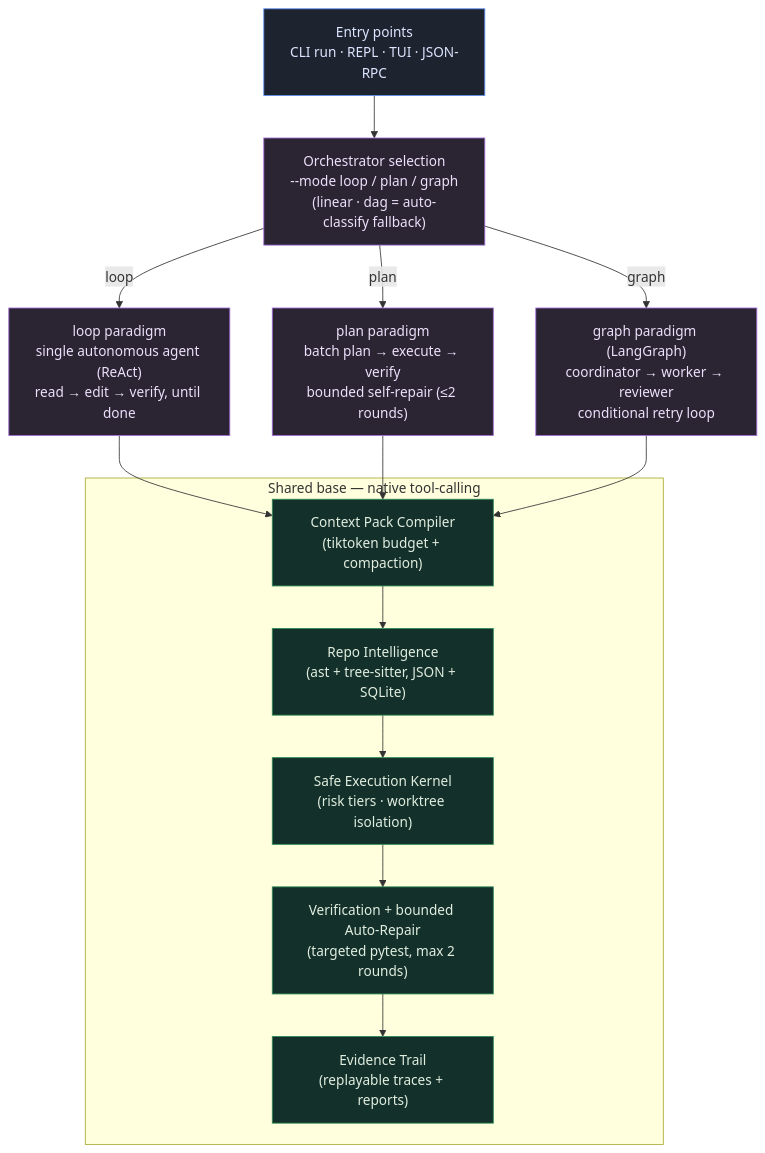
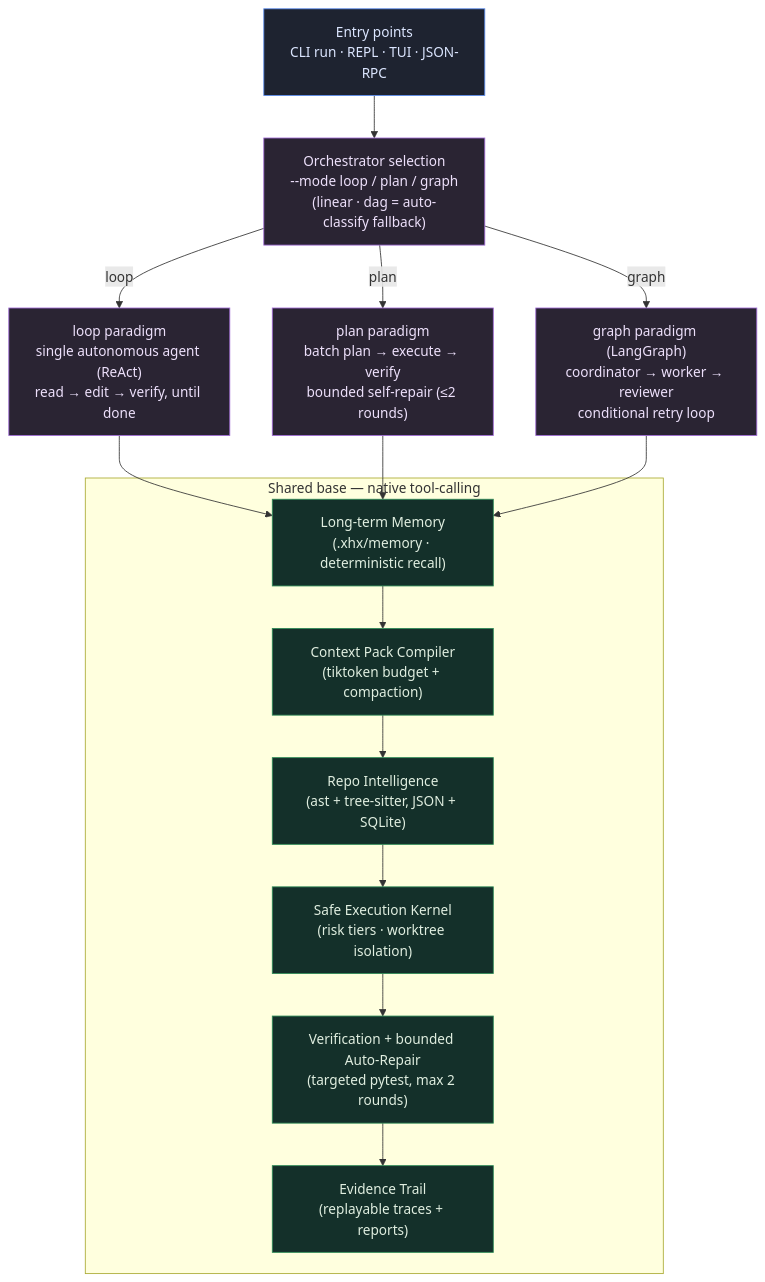
The diagram in README.md (kongshuilinhua/XHX-Agent), drawn with Mermaid before and after one commit. The commit also changed other lines of this file and 1 other file, not shown here.

First line of the commit message:
docs(readme): refresh capstone with memory, multi-model routing, streaming, microcompact, repo_query

````diff
--- a/README.md
+++ b/README.md
@@ -34,29 +37,30 @@
 ```mermaid
 graph TD
     classDef entry fill:#1e2330,stroke:#5b8def,stroke-width:1px,color:#dce6ff;
     classDef orch fill:#2a2433,stroke:#a06bd6,stroke-width:1px,color:#ede0fb;
     classDef base fill:#14302a,stroke:#2e8b57,stroke-width:1px,color:#e0eee0;
 
     E["Entry points<br/>CLI run · REPL · TUI · JSON-RPC"]:::entry
     S["Orchestrator selection<br/>--mode loop / plan / graph<br/>(linear · dag = auto-classify fallback)"]:::orch
     L["loop paradigm<br/>single autonomous agent (ReAct)<br/>read → edit → verify, until done"]:::orch
     P["plan paradigm<br/>batch plan → execute → verify<br/>bounded self-repair (≤2 rounds)"]:::orch
     G["graph paradigm (LangGraph)<br/>coordinator → worker → reviewer<br/>conditional retry loop"]:::orch
 
     subgraph base_box["Shared base — native tool-calling"]
+        M["Long-term Memory<br/>(.xhx/memory · deterministic recall)"]:::base
         B["Context Pack Compiler<br/>(tiktoken budget + compaction)"]:::base
         R["Repo Intelligence<br/>(ast + tree-sitter, JSON + SQLite)"]:::base
         K["Safe Execution Kernel<br/>(risk tiers · worktree isolation)"]:::base
         V["Verification + bounded Auto-Repair<br/>(targeted pytest, max 2 rounds)"]:::base
         EV["Evidence Trail<br/>(replayable traces + reports)"]:::base
-        B --> R --> K --> V --> EV
+        M --> B --> R --> K --> V --> EV
     end
 
     E --> S
     S -->|loop| L
     S -->|plan| P
     S -->|graph| G
-    L --> B
-    P --> B
-    G --> B
+    L --> M
+    P --> M
+    G --> M
 ```
````
